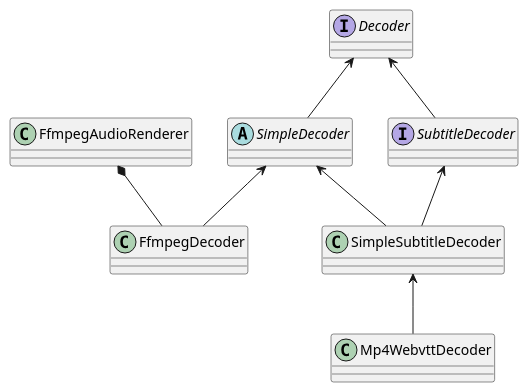
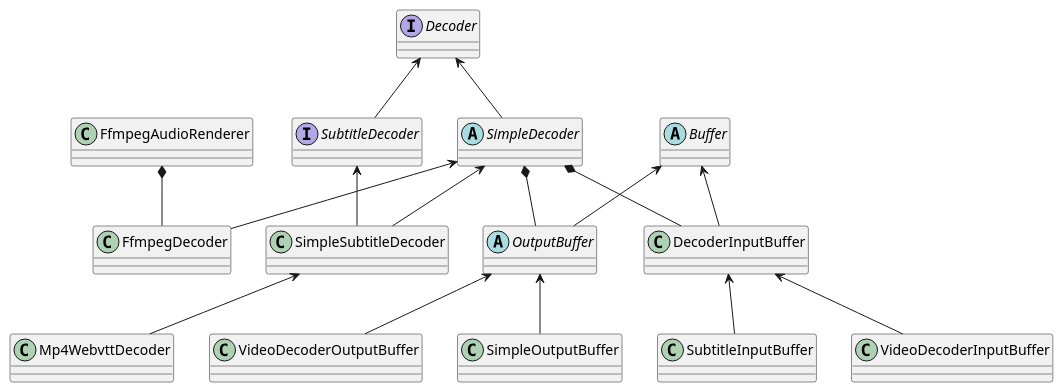
Before and after one commit to tdounnyy/exoplayer_note: the diagram in uml/decoder.puml, drawn with PlantUML.

Commit message:
[uml] Update decoder buffer

```diff
--- a/uml/decoder.puml
+++ b/uml/decoder.puml
@@ -2,17 +2,35 @@
 @startuml
 'Decoder
 interface Decoder
 abstract class SimpleDecoder
 interface SubtitleDecoder
 class FfmpegDecoder
 class SimpleSubtitleDecoder
 class Mp4WebvttDecoder
 
 Decoder <-- SimpleDecoder
 Decoder <-- SubtitleDecoder
 SimpleDecoder <-- FfmpegDecoder
 SimpleDecoder <-- SimpleSubtitleDecoder
 SubtitleDecoder <-- SimpleSubtitleDecoder
 SimpleSubtitleDecoder <-- Mp4WebvttDecoder
 FfmpegAudioRenderer *-- FfmpegDecoder
+
+'Buffer
+abstract class Buffer
+abstract class OutputBuffer
+class DecoderInputBuffer
+class VideoDecoderInputBuffer
+class SubtitleInputBuffer
+class SimpleOutputBuffer
+class VideoDecoderOutputBuffer
+
+Buffer <-- OutputBuffer
+Buffer <-- DecoderInputBuffer
+SimpleDecoder *-- OutputBuffer
+SimpleDecoder *-- DecoderInputBuffer
+DecoderInputBuffer <-- VideoDecoderInputBuffer
+DecoderInputBuffer <-- SubtitleInputBuffer
+OutputBuffer <-- SimpleOutputBuffer
+OutputBuffer <-- VideoDecoderOutputBuffer
 @enduml
```
